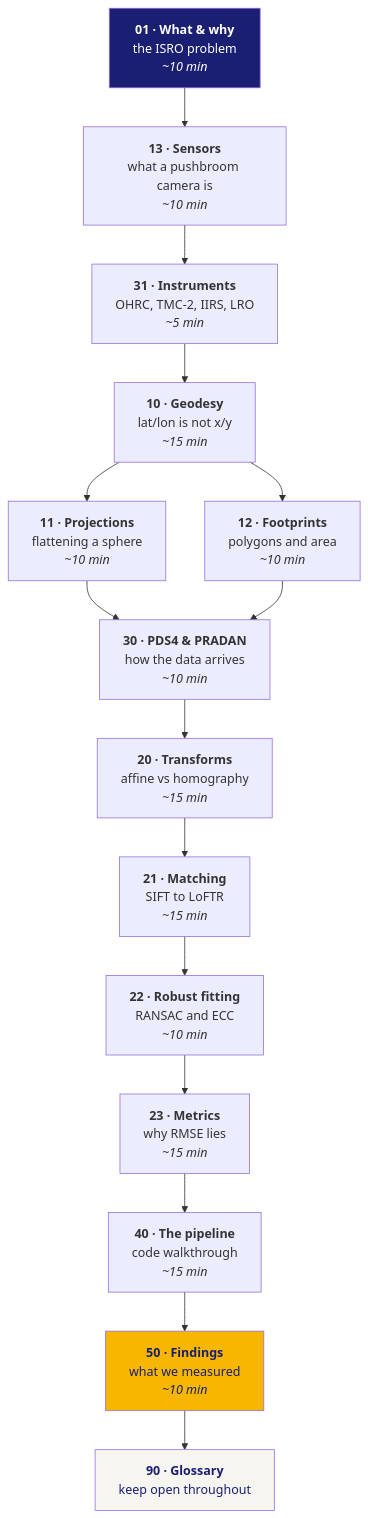
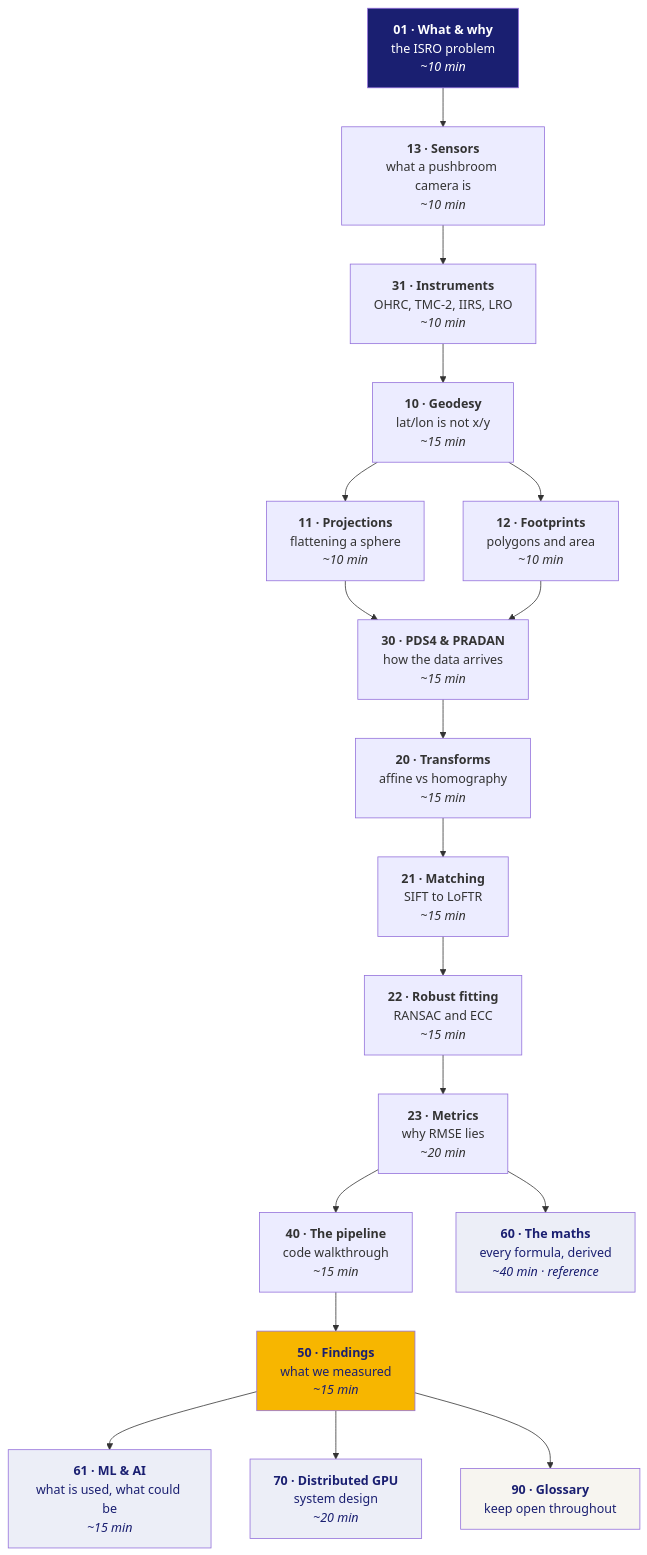
Before and after one commit to roy-herzlichkeit/chandralipi: the diagram in udocs/00_ROADMAP.md, drawn with Mermaid. The commit also changed other lines of this file and 21 other files, not shown here.

````diff
--- a/udocs/00_ROADMAP.md
+++ b/udocs/00_ROADMAP.md
@@ -9,21 +11,29 @@
 ```mermaid
 flowchart TD
-    A["<b>01 · What & why</b><br/>the ISRO problem<br/><i>~10 min</i>"] --> B["<b>13 · Sensors</b><br/>what a pushbroom camera is<br/><i>~10 min</i>"]
-    B --> C["<b>31 · Instruments</b><br/>OHRC, TMC-2, IIRS, LRO<br/><i>~5 min</i>"]
+    A["<b>01 · What &amp; why</b><br/>the ISRO problem<br/><i>~10 min</i>"] --> B["<b>13 · Sensors</b><br/>what a pushbroom camera is<br/><i>~10 min</i>"]
+    B --> C["<b>31 · Instruments</b><br/>OHRC, TMC-2, IIRS, LRO<br/><i>~10 min</i>"]
     C --> D["<b>10 · Geodesy</b><br/>lat/lon is not x/y<br/><i>~15 min</i>"]
     D --> E["<b>11 · Projections</b><br/>flattening a sphere<br/><i>~10 min</i>"]
     D --> F["<b>12 · Footprints</b><br/>polygons and area<br/><i>~10 min</i>"]
-    E --> G["<b>30 · PDS4 & PRADAN</b><br/>how the data arrives<br/><i>~10 min</i>"]
+    E --> G["<b>30 · PDS4 &amp; PRADAN</b><br/>how the data arrives<br/><i>~15 min</i>"]
     F --> G
     G --> H["<b>20 · Transforms</b><br/>affine vs homography<br/><i>~15 min</i>"]
     H --> I["<b>21 · Matching</b><br/>SIFT to LoFTR<br/><i>~15 min</i>"]
-    I --> J["<b>22 · Robust fitting</b><br/>RANSAC and ECC<br/><i>~10 min</i>"]
-    J --> K["<b>23 · Metrics</b><br/>why RMSE lies<br/><i>~15 min</i>"]
+    I --> J["<b>22 · Robust fitting</b><br/>RANSAC and ECC<br/><i>~15 min</i>"]
+    J --> K["<b>23 · Metrics</b><br/>why RMSE lies<br/><i>~20 min</i>"]
     K --> L["<b>40 · The pipeline</b><br/>code walkthrough<br/><i>~15 min</i>"]
-    L --> M["<b>50 · Findings</b><br/>what we measured<br/><i>~10 min</i>"]
-    M --> N["<b>90 · Glossary</b><br/>keep open throughout"]
+    L --> M["<b>50 · Findings</b><br/>what we measured<br/><i>~15 min</i>"]
+
+    K --> N60["<b>60 · The maths</b><br/>every formula, derived<br/><i>~40 min · reference</i>"]
+    M --> N61["<b>61 · ML &amp; AI</b><br/>what is used, what could be<br/><i>~15 min</i>"]
+    M --> N70["<b>70 · Distributed GPU</b><br/>system design<br/><i>~20 min</i>"]
+
+    M --> Z["<b>90 · Glossary</b><br/>keep open throughout"]
 
     style A fill:#1A1F71,color:#ffffff
     style M fill:#F7B600,color:#1A1F71
-    style N fill:#F7F5F0,color:#1A1F71
+    style N60 fill:#eceef7,color:#1A1F71
+    style N61 fill:#eceef7,color:#1A1F71
+    style N70 fill:#eceef7,color:#1A1F71
+    style Z fill:#F7F5F0,color:#1A1F71
 ```
````
